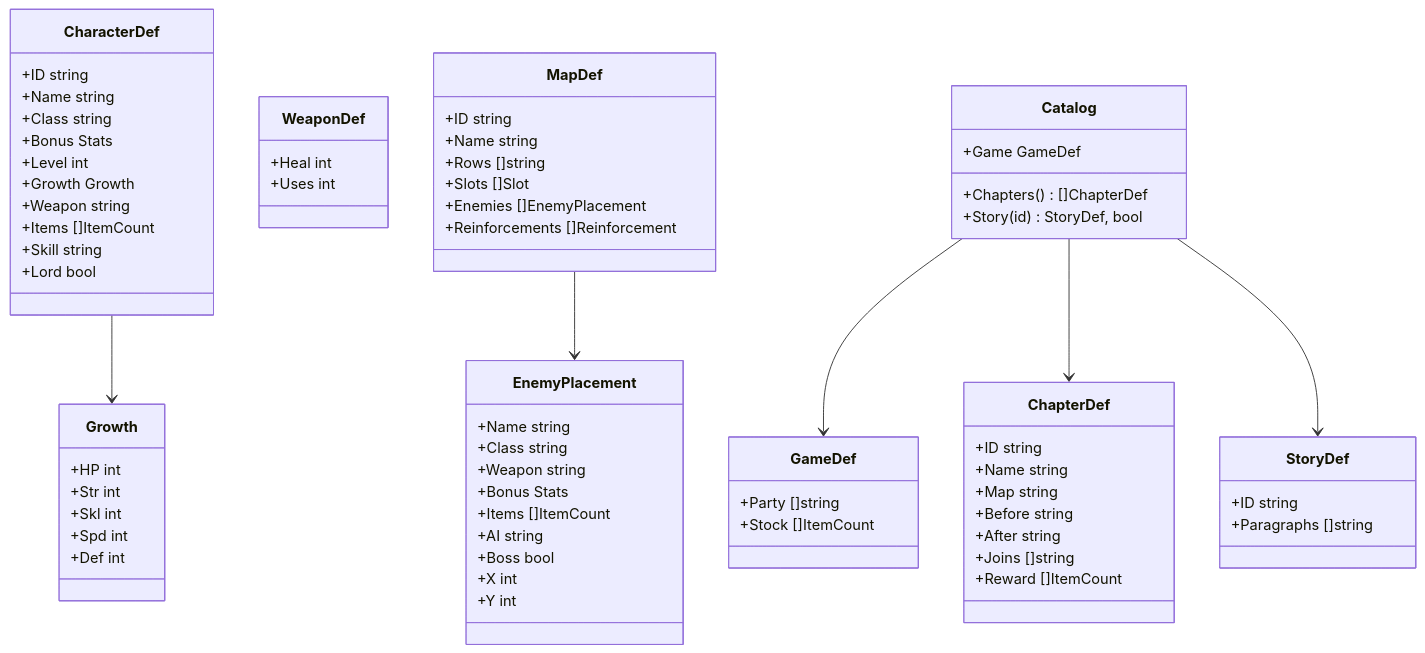
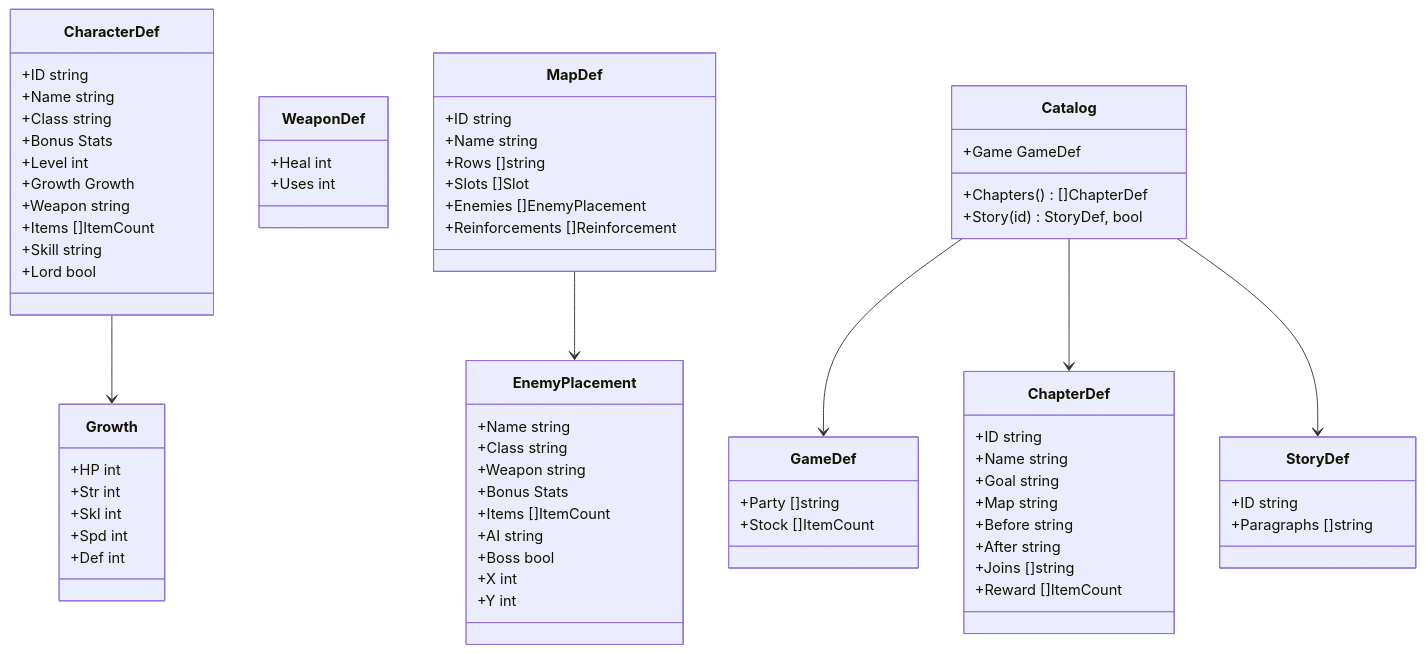
The second of 6 diagrams in docs/03_design/design-it02.md (sakana396/renkin_tactics), drawn with Mermaid before and after one commit. The commit also changed other lines of this file and 9 other files, not shown here.

````diff
--- a/docs/03_design/design-it02.md
+++ b/docs/03_design/design-it02.md
@@ -80,72 +80,73 @@
 ```mermaid
 classDiagram
   class GameDef {
     +Party []string
     +Stock []ItemCount
   }
   class CharacterDef {
     +ID string
     +Name string
     +Class string
     +Bonus Stats
     +Level int
     +Growth Growth
     +Weapon string
     +Items []ItemCount
     +Skill string
     +Lord bool
   }
   class Growth {
     +HP int
     +Str int
     +Skl int
     +Spd int
     +Def int
   }
   class WeaponDef {
     +Heal int
     +Uses int
   }
   class ChapterDef {
     +ID string
     +Name string
+    +Goal string
     +Map string
     +Before string
     +After string
     +Joins []string
     +Reward []ItemCount
   }
   class StoryDef {
     +ID string
     +Paragraphs []string
   }
   class MapDef {
     +ID string
     +Name string
     +Rows []string
     +Slots []Slot
     +Enemies []EnemyPlacement
     +Reinforcements []Reinforcement
   }
   class EnemyPlacement {
     +Name string
     +Class string
     +Weapon string
     +Bonus Stats
     +Items []ItemCount
     +AI string
     +Boss bool
     +X int
     +Y int
   }
   class Catalog {
     +Game GameDef
     +Chapters() []ChapterDef
     +Story(id) StoryDef, bool
   }
   Catalog --> GameDef
   Catalog --> ChapterDef
   Catalog --> StoryDef
   CharacterDef --> Growth
   MapDef --> EnemyPlacement
 ```
````
